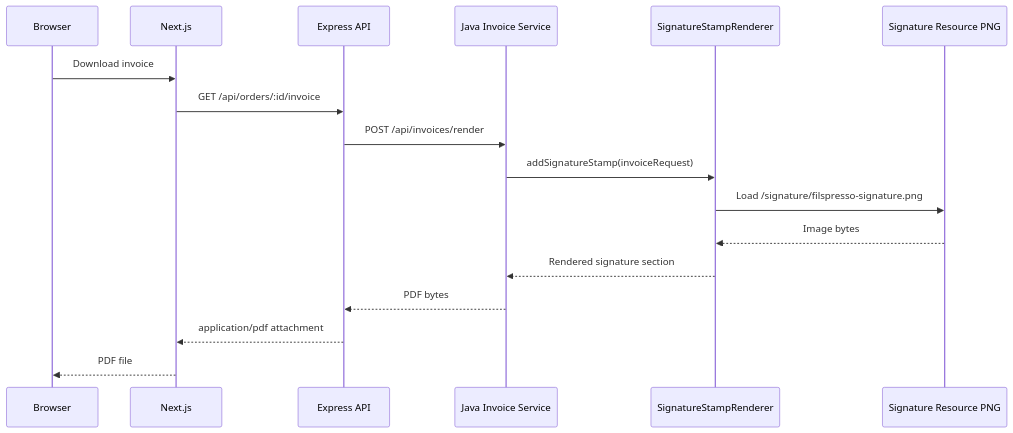
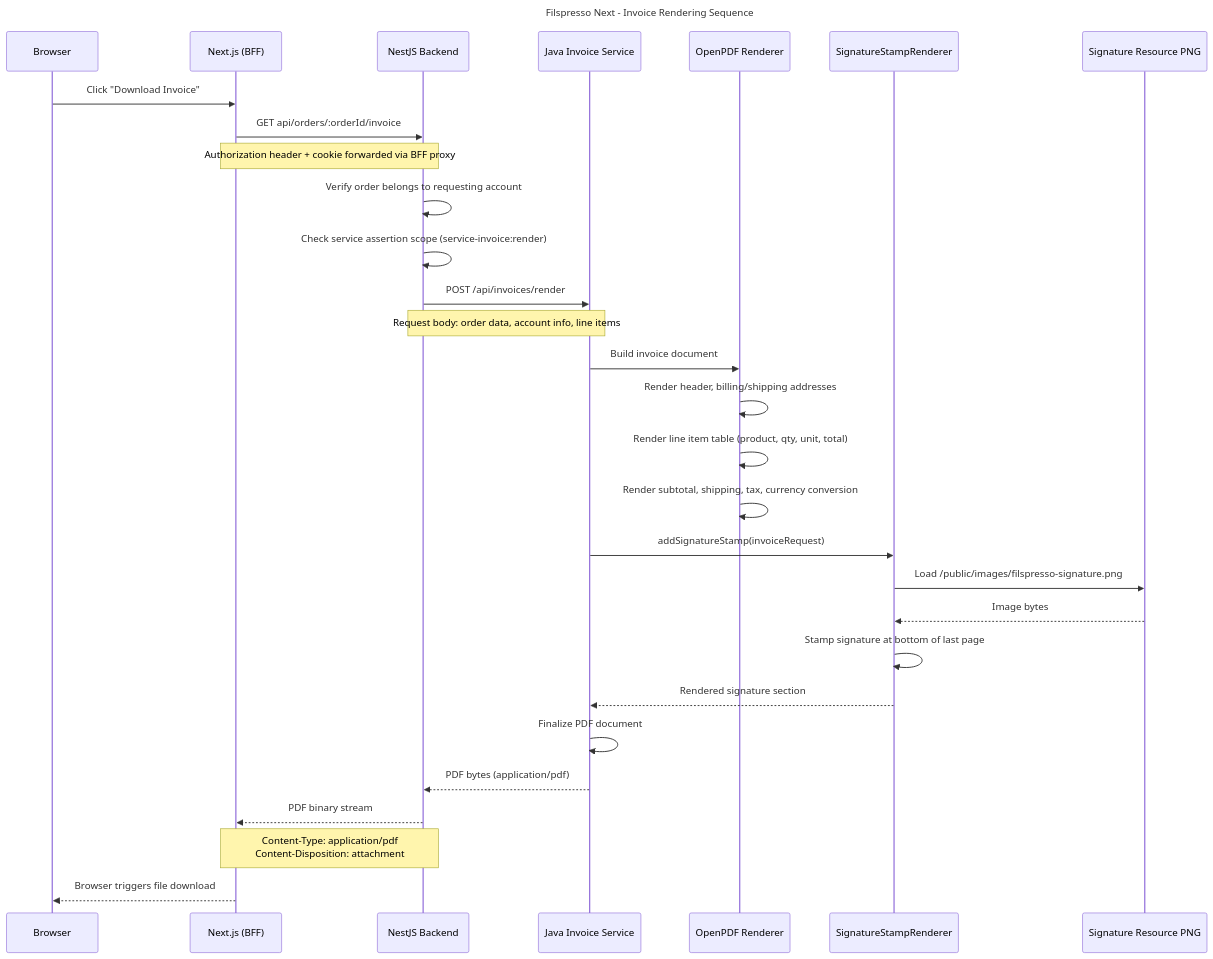
One commit to DarkShadow1107/filspresso_next changed the diagram in docs/uml/invoice-rendering-sequence.mmd. Above: the diagram before and after it, drawn with Mermaid. The commit also changed 49 other files, not shown here.

Commit message:
Update diagrams

```diff
--- a/docs/uml/invoice-rendering-sequence.mmd
+++ b/docs/uml/invoice-rendering-sequence.mmd
@@ -1,18 +1,41 @@
+---
+title: Filspresso Next - Invoice Rendering Sequence
+---
+
 sequenceDiagram
     participant B as Browser
-    participant N as Next.js
-    participant E as Express API
+    participant N as Next.js (BFF)
+    participant NEST as NestJS Backend
     participant J as Java Invoice Service
-    participant S as SignatureStampRenderer
-    participant R as Signature Resource PNG
+    participant PDF as OpenPDF Renderer
+    participant SIG as SignatureStampRenderer
+    participant FS as Signature Resource PNG
 
-    B->>N: Download invoice
-    N->>E: GET /api/orders/:id/invoice
-    E->>J: POST /api/invoices/render
-    J->>S: addSignatureStamp(invoiceRequest)
-    S->>R: Load /signature/filspresso-signature.png
-    R-->>S: Image bytes
-    S-->>J: Rendered signature section
-    J-->>E: PDF bytes
-    E-->>N: application/pdf attachment
-    N-->>B: PDF file
+    B->>N: Click "Download Invoice"
+    N->>NEST: GET api/orders/:orderId/invoice
+    Note over N,NEST: Authorization header + cookie forwarded via BFF proxy
+
+    NEST->>NEST: Verify order belongs to requesting account
+    NEST->>NEST: Check service assertion scope (service-invoice:render)
+
+    NEST->>J: POST /api/invoices/render
+    Note over NEST,J: Request body: order data, account info, line items
+
+    J->>PDF: Build invoice document
+    PDF->>PDF: Render header, billing/shipping addresses
+    PDF->>PDF: Render line item table (product, qty, unit, total)
+    PDF->>PDF: Render subtotal, shipping, tax, currency conversion
+
+    J->>SIG: addSignatureStamp(invoiceRequest)
+    SIG->>FS: Load /public/images/filspresso-signature.png
+    FS-->>SIG: Image bytes
+    SIG->>SIG: Stamp signature at bottom of last page
+    SIG-->>J: Rendered signature section
+
+    J->>J: Finalize PDF document
+    J-->>NEST: PDF bytes (application/pdf)
+
+    NEST-->>N: PDF binary stream
+    Note over NEST,N: Content-Type: application/pdf<br/>Content-Disposition: attachment
+
+    N-->>B: Browser triggers file download
```
